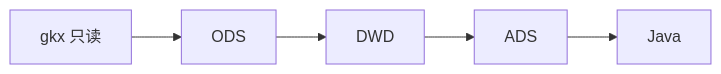
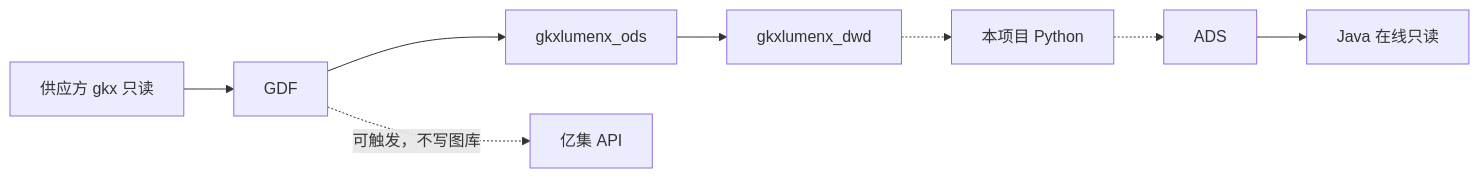
Before and after one commit to Marisolebxf/-: the second of 2 diagrams in agent-delivery/工程过程/04-系统集成/06-GDF数据治理集成/技术方案.md, drawn with Mermaid. The commit also changed other lines of this file and 15 other files, not shown here.

````diff
--- a/agent-delivery/工程过程/04-系统集成/06-GDF数据治理集成/技术方案.md
+++ b/agent-delivery/工程过程/04-系统集成/06-GDF数据治理集成/技术方案.md
@@ -39,7 +142,10 @@
 ```mermaid
 flowchart LR
-  GKX[gkx 只读] --> ODS[ODS]
-  ODS --> DWD[DWD]
-  DWD --> ADS[ADS]
-  ADS --> J[Java]
+  GKX["供应方 gkx 只读"] --> GDF[GDF]
+  GDF --> ODS["gkxlumenx_ods"]
+  ODS --> DWD["gkxlumenx_dwd"]
+  DWD -.-> PY["本项目 Python"]
+  PY -.-> ADS[ADS]
+  ADS --> J["Java 在线只读"]
+  GDF -.->|"可触发，不写图库"| YJ["亿集 API"]
 ```
````
